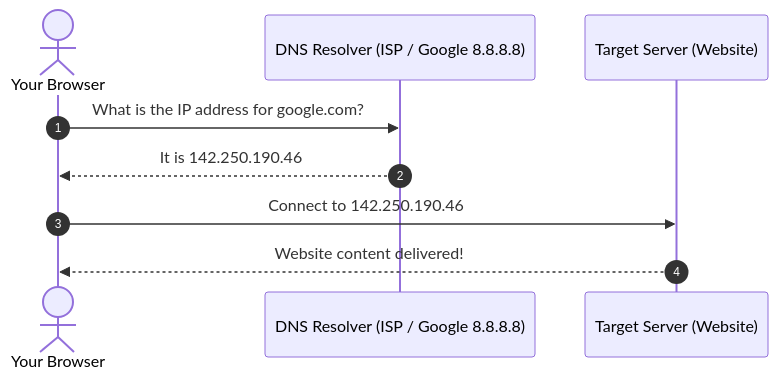
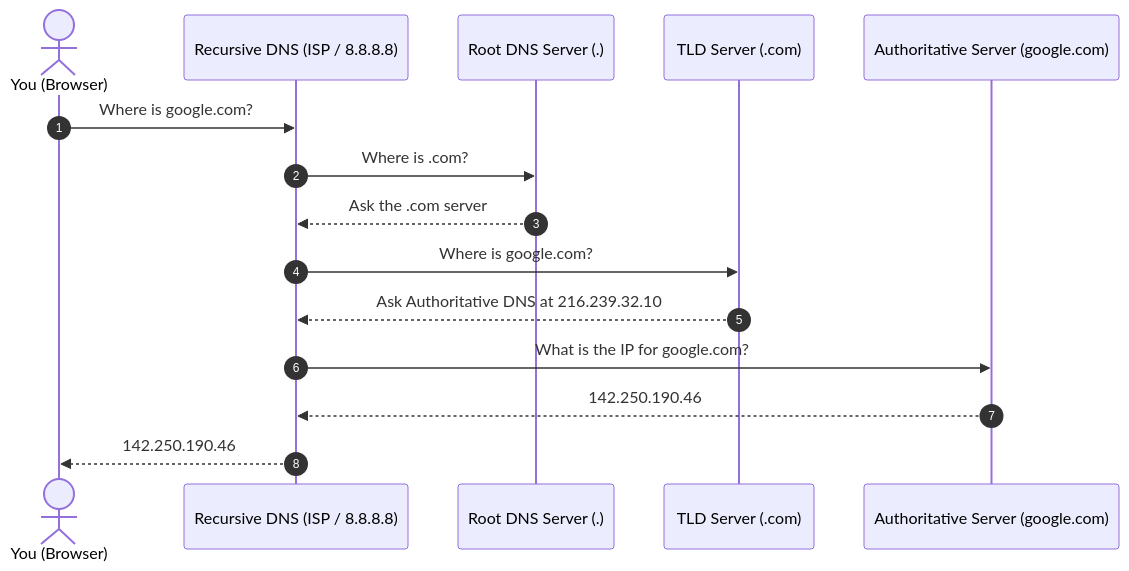
Before and after one commit to Sujalkathait/high-level-design: the fourth of 21 diagrams in README.md, drawn with Mermaid. The commit also changed other lines of this file, not shown here.

````diff
--- a/README.md
+++ b/README.md
@@ -150,12 +147,18 @@
 ```mermaid
 sequenceDiagram
     autonumber
-    actor You as Your Browser
-    participant DNS as DNS Resolver (ISP / Google 8.8.8.8)
-    participant Server as Target Server (Website)
+    actor User as You (Browser)
+    participant Resolver as Recursive DNS (ISP / 8.8.8.8)
+    participant Root as Root DNS Server (.)
+    participant TLD as TLD Server (.com)
+    participant Auth as Authoritative Server (google.com)
 
-    You->>DNS: What is the IP address for google.com?
-    DNS-->>You: It is 142.250.190.46
-    You->>Server: Connect to 142.250.190.46
-    Server-->>You: Website content delivered!
+    User->>Resolver: Where is google.com?
+    Resolver->>Root: Where is .com?
+    Root-->>Resolver: Ask the .com server
+    Resolver->>TLD: Where is google.com?
+    TLD-->>Resolver: Ask Authoritative DNS at 216.239.32.10
+    Resolver->>Auth: What is the IP for google.com?
+    Auth-->>Resolver: 142.250.190.46
+    Resolver-->>User: 142.250.190.46
 ```
````
